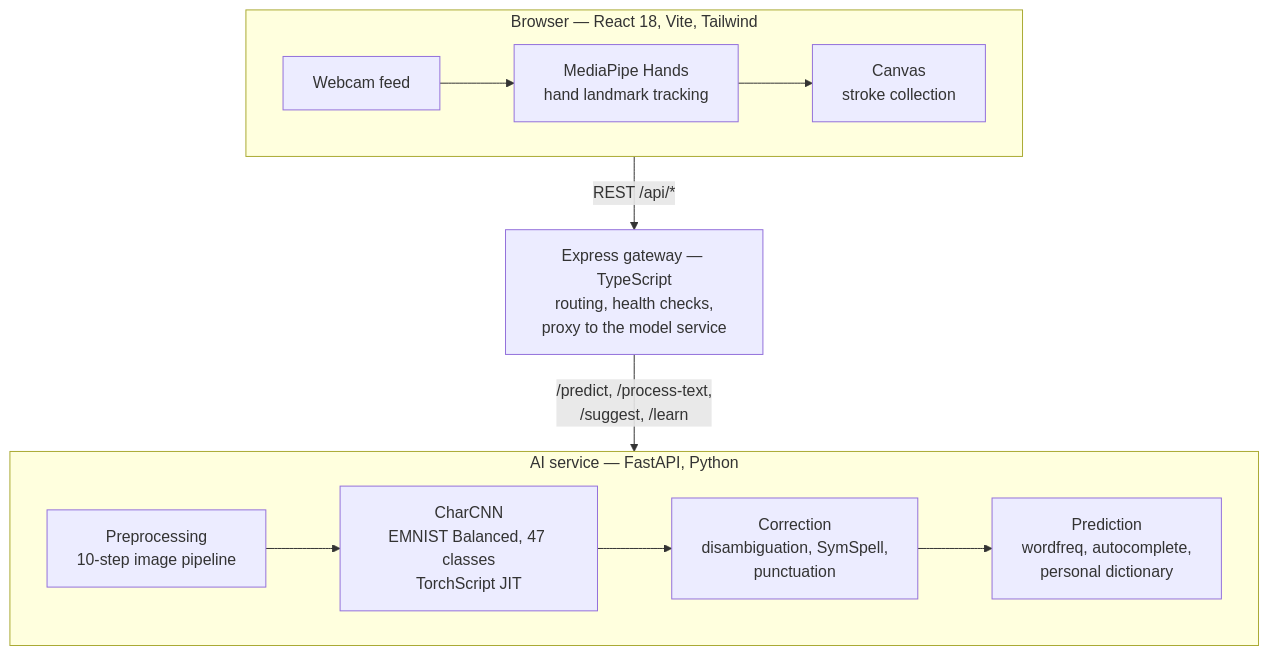
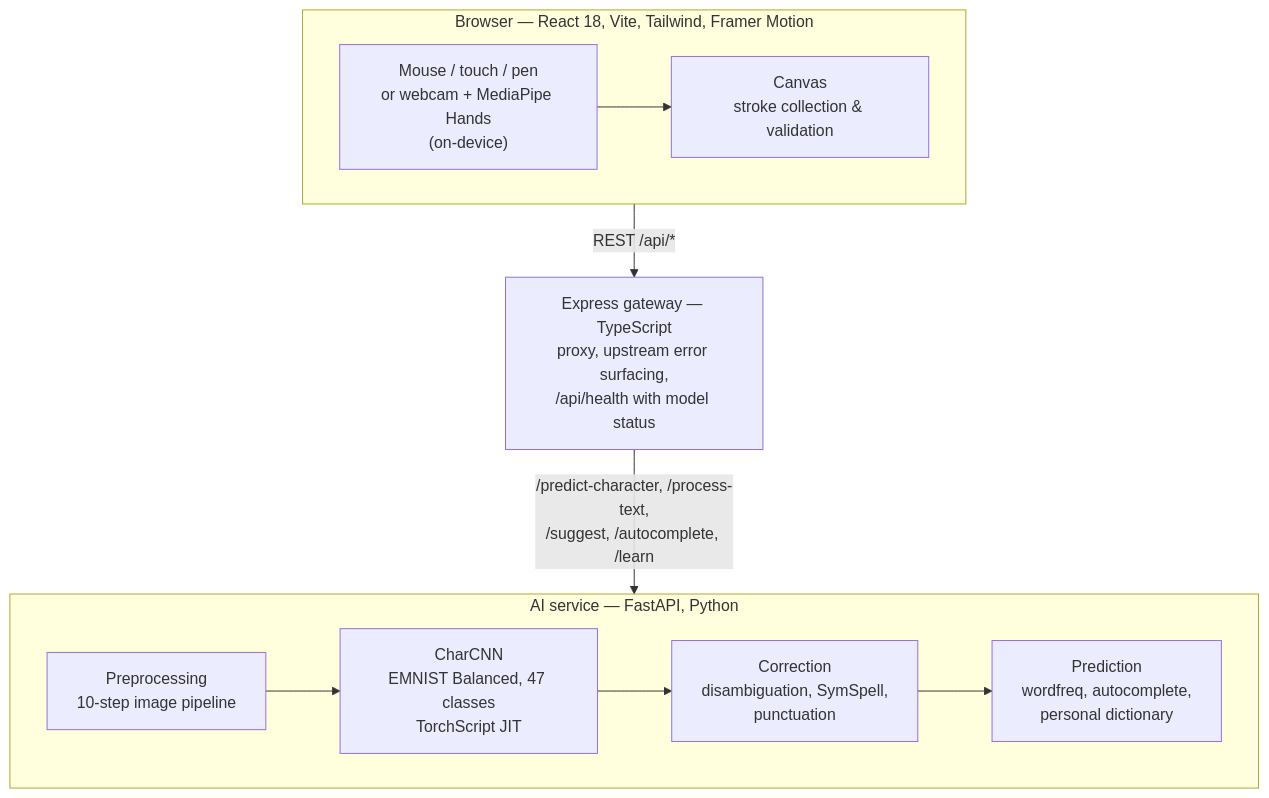
Before and after one commit to saminul-amin/air-script: the diagram in README.md, drawn with Mermaid. The commit also changed other lines of this file and 1 other file, not shown here.

````diff
--- a/README.md
+++ b/README.md
@@ -7,17 +13,17 @@
 ```mermaid
 flowchart TB
-    subgraph browser["Browser — React 18, Vite, Tailwind"]
+    subgraph browser["Browser — React 18, Vite, Tailwind, Framer Motion"]
         direction LR
-        CAM["Webcam feed"] --> MP["MediaPipe Hands<br/>hand landmark tracking"] --> CV["Canvas<br/>stroke collection"]
+        IN["Mouse / touch / pen<br/>or webcam + MediaPipe Hands<br/>(on-device)"] --> CV["Canvas<br/>stroke collection & validation"]
     end
 
-    GW["Express gateway — TypeScript<br/>routing, health checks,<br/>proxy to the model service"]
+    GW["Express gateway — TypeScript<br/>proxy, upstream error surfacing,<br/>/api/health with model status"]
 
     subgraph ai["AI service — FastAPI, Python"]
         direction LR
         PRE["Preprocessing<br/>10-step image pipeline"] --> CNN["CharCNN<br/>EMNIST Balanced, 47 classes<br/>TorchScript JIT"] --> COR["Correction<br/>disambiguation, SymSpell,<br/>punctuation"] --> NLP["Prediction<br/>wordfreq, autocomplete,<br/>personal dictionary"]
     end
 
     CV -- "REST /api/*" --> GW
-    GW -- "/predict, /process-text,<br/>/suggest, /learn" --> PRE
+    GW -- "/predict-character, /process-text,<br/>/suggest, /autocomplete, /learn" --> PRE
 ```
````
